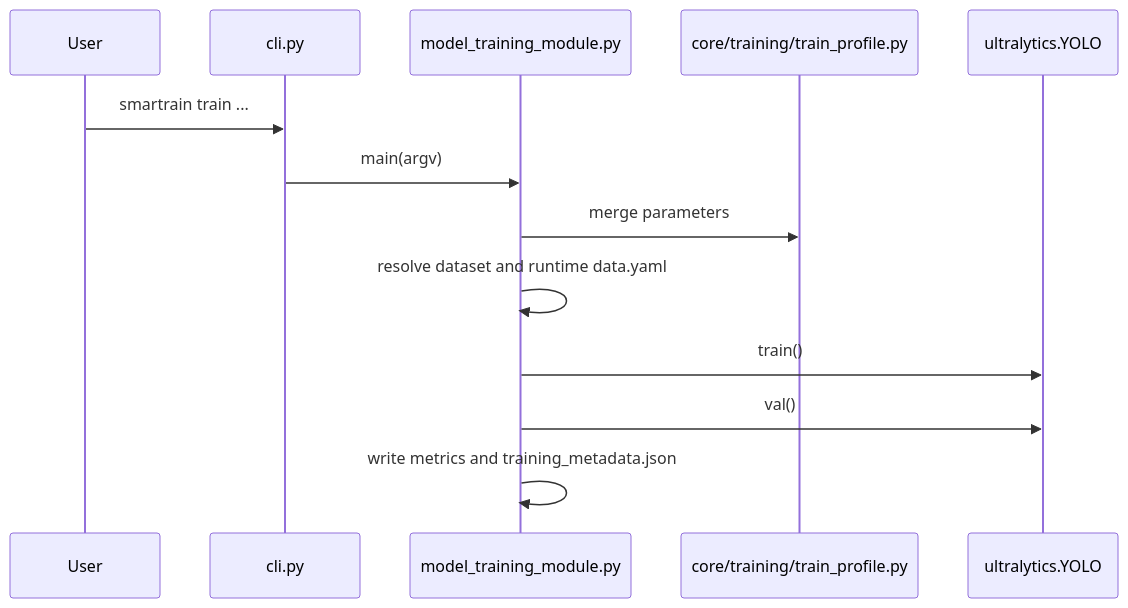
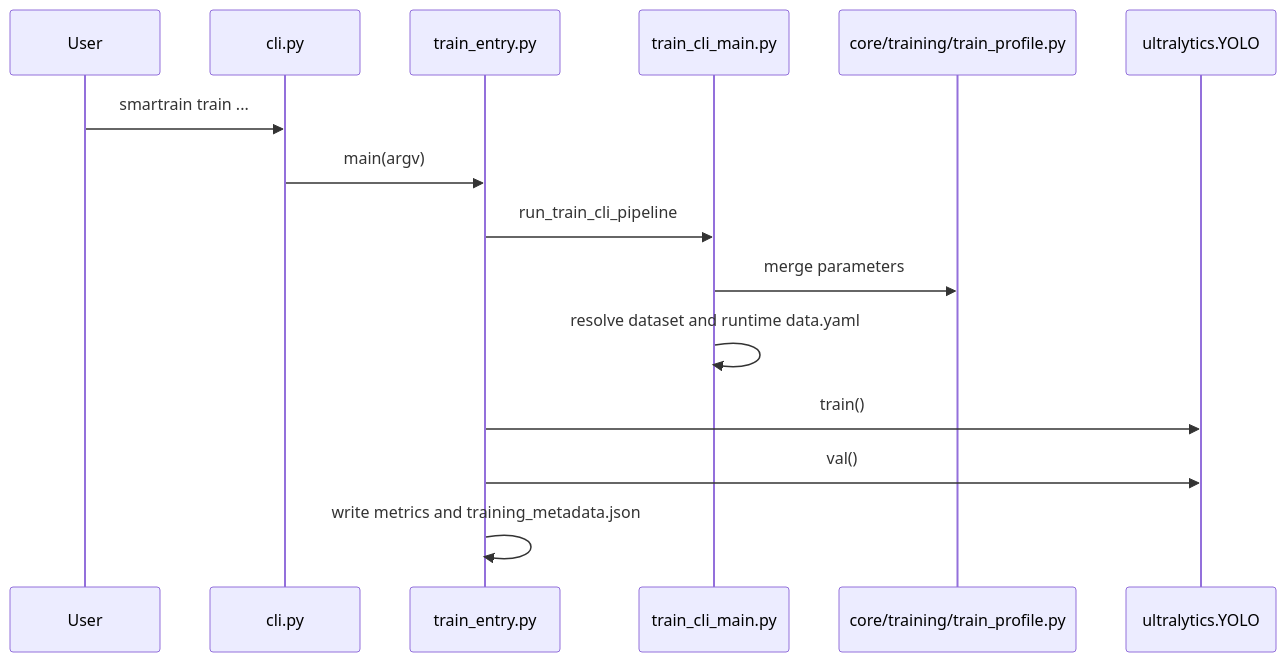
Before and after one commit to aicommunity/SmarTrain: the second of 6 diagrams in docs/development/architecture.md, drawn with Mermaid. The commit also changed other lines of this file and 35 other files, not shown here.

First line of the commit message:
refactor(training): remove model_training_module (LB-D8)

````diff
--- a/docs/development/architecture.md
+++ b/docs/development/architecture.md
@@ -64,15 +64,17 @@
 ```mermaid
 sequenceDiagram
   participant User
   participant CLI as cli.py
-  participant Train as model_training_module.py
+  participant Train as train_entry.py
+  participant CliMain as train_cli_main.py
   participant Profile as core/training/train_profile.py
   participant YOLO as ultralytics.YOLO
   User->>CLI: smartrain train ...
   CLI->>Train: main(argv)
-  Train->>Profile: merge parameters
-  Train->>Train: resolve dataset and runtime data.yaml
+  Train->>CliMain: run_train_cli_pipeline
+  CliMain->>Profile: merge parameters
+  CliMain->>CliMain: resolve dataset and runtime data.yaml
   Train->>YOLO: train()
   Train->>YOLO: val()
   Train->>Train: write metrics and training_metadata.json
 ```
````
